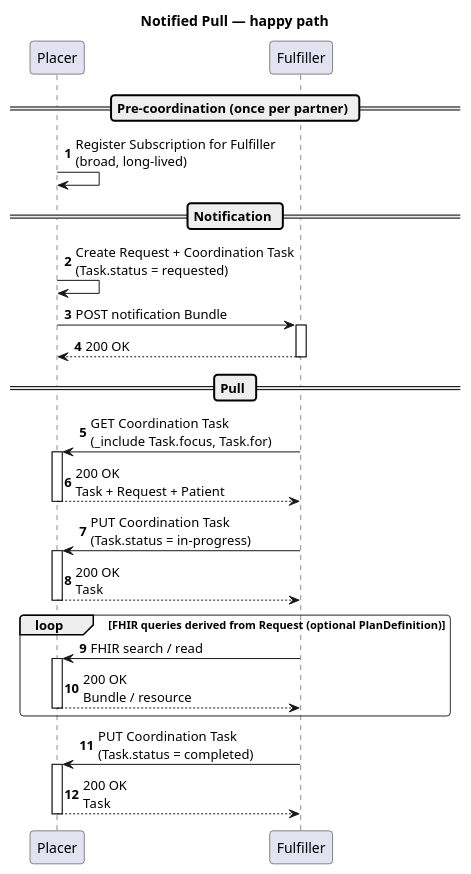
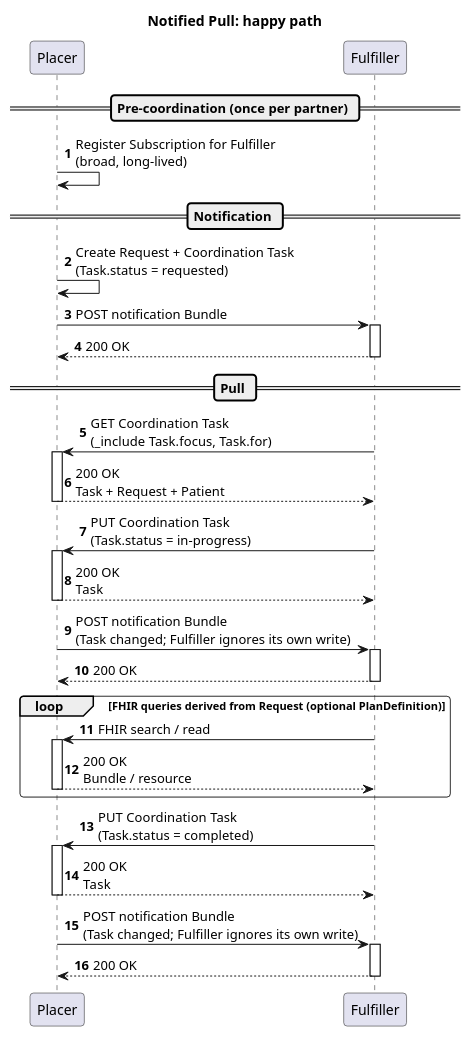
Before and after one commit to nuts-foundation/nl-generic-functions-ig: the diagram in input/images-source/clinical-workflow-overview.plantuml, drawn with PlantUML. The commit also changed 7 other files, not shown here.

```diff
--- a/input/images-source/clinical-workflow-overview.plantuml
+++ b/input/images-source/clinical-workflow-overview.plantuml
@@ -5,37 +5,41 @@
 @startuml clinical-workflow-overview
 autonumber
 
-title "Notified Pull — happy path"
+title "Notified Pull: happy path"
 skinparam roundCorner 7
 skinparam sequenceGroupBorderThickness .5
 
 participant "Placer" as placer order 10
 participant "Fulfiller" as fulfiller order 20
 
 == Pre-coordination (once per partner) ==
 
 placer -> placer : Register Subscription for Fulfiller\n(broad, long-lived)
 
 == Notification ==
 
 placer -> placer : Create Request + Coordination Task\n(Task.status = requested)
 placer -> fulfiller ++: POST notification Bundle
 fulfiller --> placer --: 200 OK
 
 == Pull ==
 
 fulfiller -> placer ++: GET Coordination Task\n(_include Task.focus, Task.for)
 placer --> fulfiller --: 200 OK\nTask + Request + Patient
 
 fulfiller -> placer ++: PUT Coordination Task\n(Task.status = in-progress)
 placer --> fulfiller --: 200 OK\nTask
+placer -> fulfiller ++: POST notification Bundle\n(Task changed; Fulfiller ignores its own write)
+fulfiller --> placer --: 200 OK
 
 loop FHIR queries derived from Request (optional PlanDefinition)
   fulfiller -> placer ++: FHIR search / read
   placer --> fulfiller --: 200 OK\nBundle / resource
 end
 
 fulfiller -> placer ++: PUT Coordination Task\n(Task.status = completed)
 placer --> fulfiller --: 200 OK\nTask
+placer -> fulfiller ++: POST notification Bundle\n(Task changed; Fulfiller ignores its own write)
+fulfiller --> placer --: 200 OK
 
 @enduml
```
